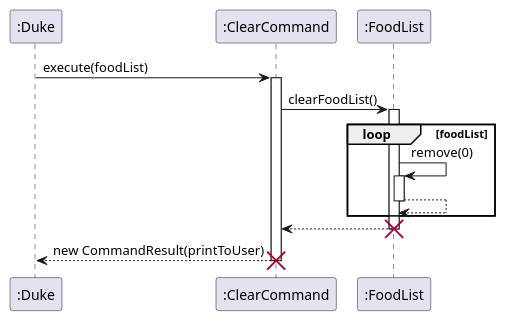
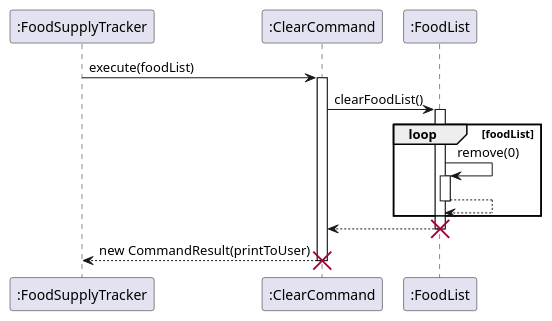
The diagram in docs/puml/ClearCommandSequenceDiagram.puml (tsx0314/tp), drawn with PlantUML before and after one commit. The commit also changed 103 other files, not shown here.

```diff
--- a/docs/puml/ClearCommandSequenceDiagram.puml
+++ b/docs/puml/ClearCommandSequenceDiagram.puml
@@ -1,29 +1,29 @@
 @startuml
 'https://plantuml.com/sequence-diagram
 
-Participant ":Duke"
+Participant ":FoodSupplyTracker"
 Participant ":ClearCommand"
 Participant ":FoodList"
 
-":Duke" -> ":ClearCommand": execute(foodList)
+":FoodSupplyTracker" -> ":ClearCommand": execute(foodList)
 activate ":ClearCommand"
 
 ":ClearCommand" -> ":FoodList": clearFoodList()
 activate ":FoodList"
 
 loop foodList
 ":FoodList" -> ":FoodList": remove(0)
 activate ":FoodList"
 ":FoodList" --> ":FoodList"
 deactivate ":FoodList"
 end
 
 ":ClearCommand" <-- ":FoodList"
 
 deactivate ":FoodList"
 destroy ":FoodList"
 
-":ClearCommand" --> ":Duke": new CommandResult(printToUser)
+":ClearCommand" --> ":FoodSupplyTracker": new CommandResult(printToUser)
 deactivate ":ClearCommand"
 destroy ":ClearCommand"
 @enduml
```
